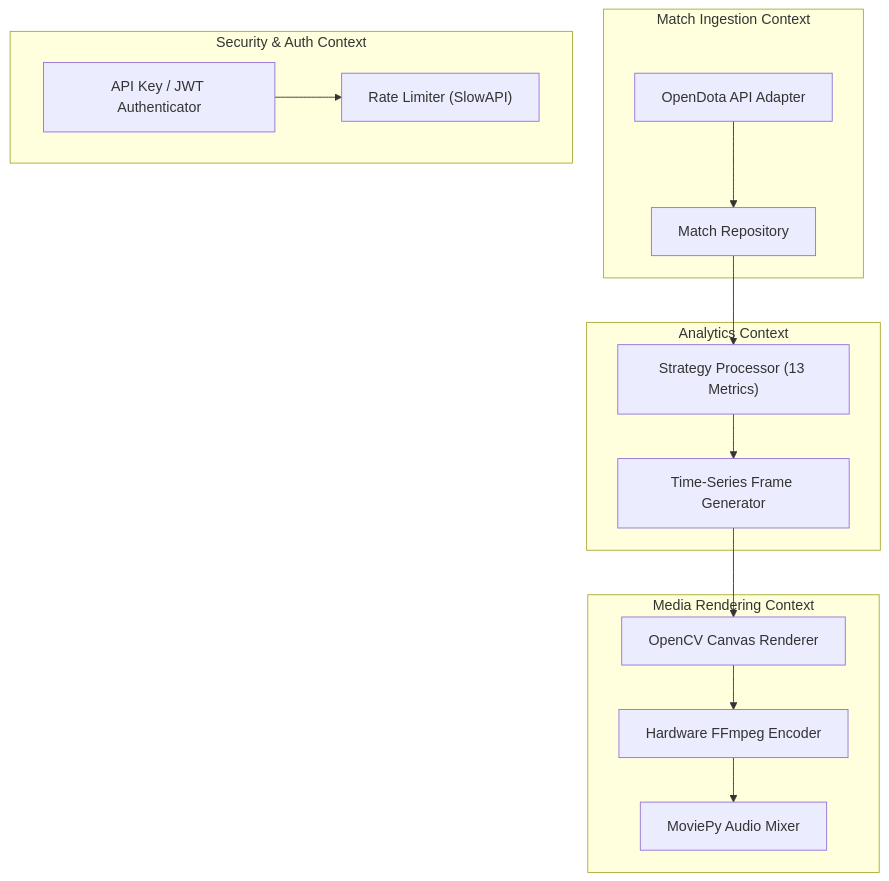
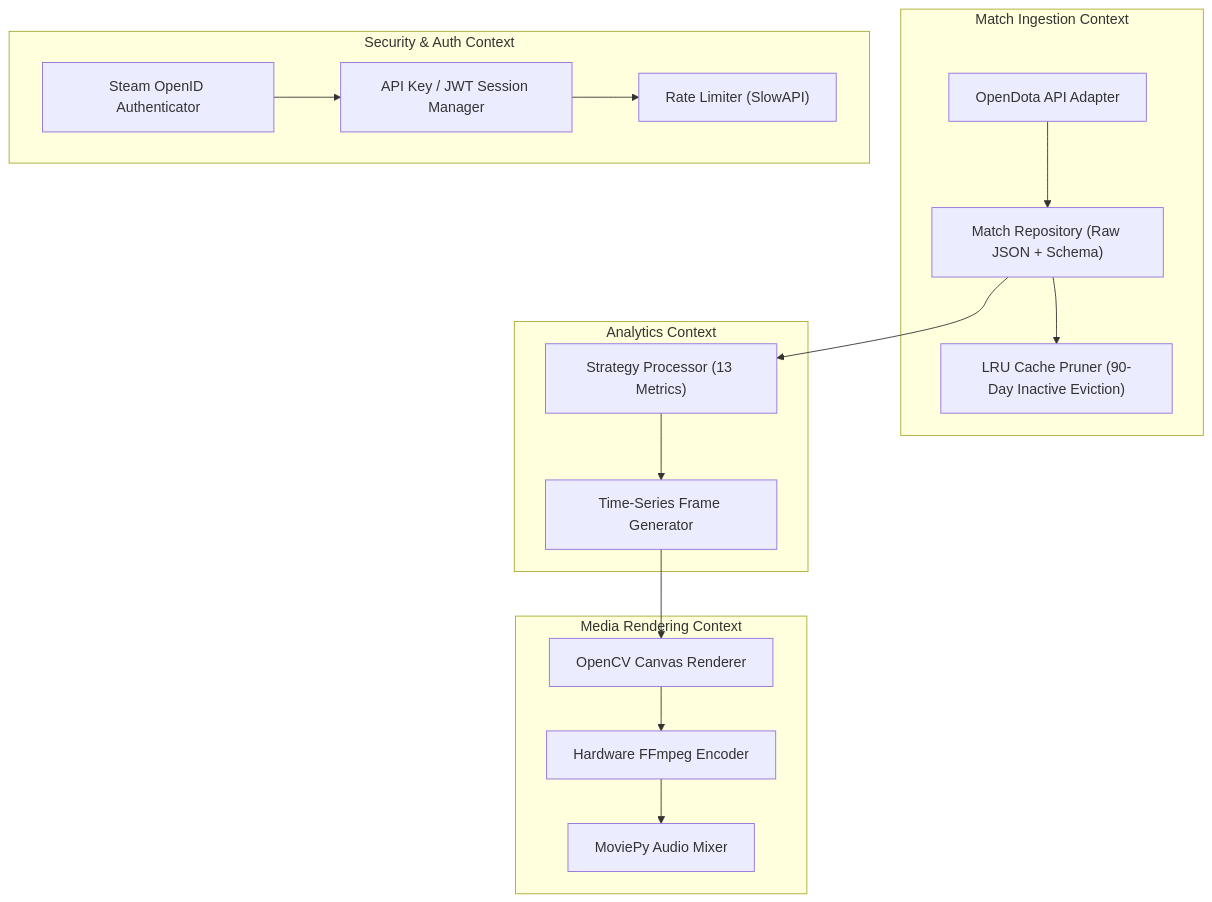
One commit to Ten5/Dota-Visualizer changed the first of 2 diagrams in docs/Phase4_Architecture_SDD.md. Above: the diagram before and after it, drawn with Mermaid. The commit also changed other lines of this file, not shown here.

Commit message:
docs: update Phase 4 SDD with hybrid steam auth, raw json retention, and 90-day LRU cache pruning

````diff
--- a/docs/Phase4_Architecture_SDD.md
+++ b/docs/Phase4_Architecture_SDD.md
@@ -25,31 +31,35 @@
 ```mermaid
 graph TD
     subgraph Ingestion_Context["Match Ingestion Context"]
         API_Fetcher["OpenDota API Adapter"]
-        DB_Store["Match Repository"]
+        DB_Store["Match Repository (Raw JSON + Schema)"]
+        LRU_Pruner["LRU Cache Pruner (90-Day Inactive Eviction)"]
     end
 
     subgraph Analytics_Context["Analytics Context"]
         Strategy_Engine["Strategy Processor (13 Metrics)"]
         Time_Series["Time-Series Frame Generator"]
     end
 
     subgraph Rendering_Context["Media Rendering Context"]
         Canvas_Drawer["OpenCV Canvas Renderer"]
         FFmpeg_Encoder["Hardware FFmpeg Encoder"]
         Audio_Mixer["MoviePy Audio Mixer"]
     end
 
     subgraph Security_Context["Security & Auth Context"]
+        Steam_OpenID["Steam OpenID Authenticator"]
         Rate_Limiter["Rate Limiter (SlowAPI)"]
-        API_Guard["API Key / JWT Authenticator"]
+        API_Guard["API Key / JWT Session Manager"]
     end
 
     API_Fetcher --> DB_Store
+    DB_Store --> LRU_Pruner
     DB_Store --> Strategy_Engine
     Strategy_Engine --> Time_Series
     Time_Series --> Canvas_Drawer
     Canvas_Drawer --> FFmpeg_Encoder
     FFmpeg_Encoder --> Audio_Mixer
+    Steam_OpenID --> API_Guard
     API_Guard --> Rate_Limiter
 ```
````
